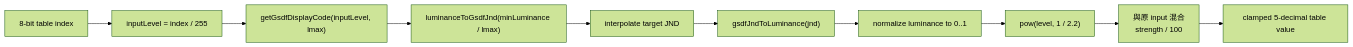
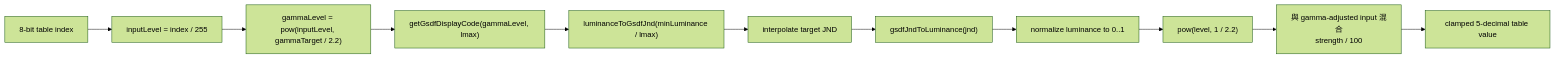
Before and after one commit to pingqLIN/gsdf-eotf-video-adjuster: the second of 3 diagrams in docs/gsdf-model.ZHTW.md, drawn with Mermaid (forest theme). The commit also changed other lines of this file and 14 other files, not shown here.

Commit message:
feat: add pre-GSDF gamma compensation

````diff
--- a/docs/gsdf-model.ZHTW.md
+++ b/docs/gsdf-model.ZHTW.md
@@ -95,12 +101,13 @@
 ```mermaid
 flowchart LR
   A["8-bit table index"] --> B["inputLevel = index / 255"]
-  B --> C["getGsdfDisplayCode(inputLevel, lmax)"]
-  C --> D["luminanceToGsdfJnd(minLuminance / lmax)"]
-  D --> E["interpolate target JND"]
-  E --> F["gsdfJndToLuminance(jnd)"]
-  F --> G["normalize luminance to 0..1"]
-  G --> H["pow(level, 1 / 2.2)"]
-  H --> I["與原 input 混合<br/>strength / 100"]
-  I --> J["clamped 5-decimal table value"]
+  B --> C["gammaLevel = pow(inputLevel, gammaTarget / 2.2)"]
+  C --> D["getGsdfDisplayCode(gammaLevel, lmax)"]
+  D --> E["luminanceToGsdfJnd(minLuminance / lmax)"]
+  E --> F["interpolate target JND"]
+  F --> G["gsdfJndToLuminance(jnd)"]
+  G --> H["normalize luminance to 0..1"]
+  H --> I["pow(level, 1 / 2.2)"]
+  I --> J["與 gamma-adjusted input 混合<br/>strength / 100"]
+  J --> K["clamped 5-decimal table value"]
 ```
````
